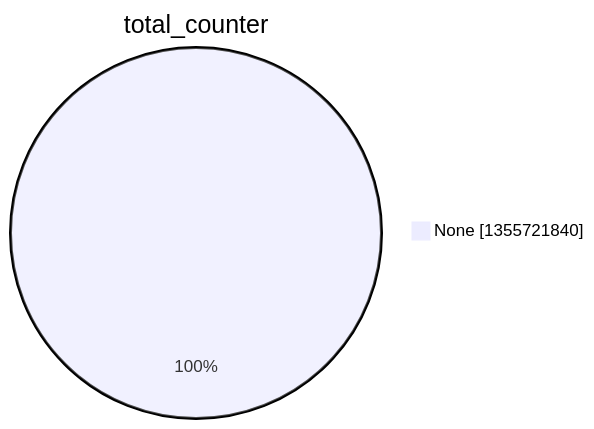
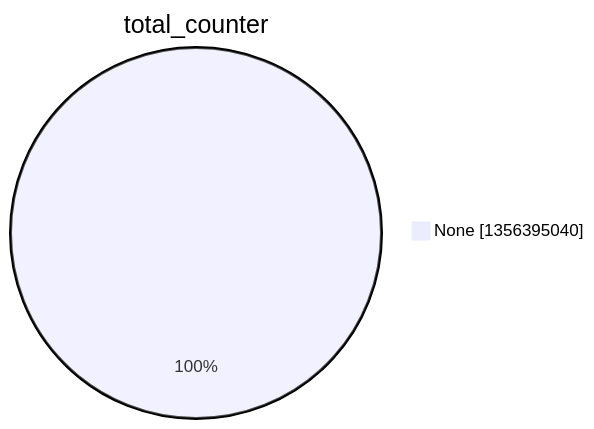
Before and after one commit to christiankrug/ctmonitor_visualization: the second of 15 diagrams in argon2022/README.md, drawn with Mermaid. The commit also changed other lines of this file, not shown here.

````diff
--- a/argon2022/README.md
+++ b/argon2022/README.md
@@ -9,5 +9,5 @@
 ```mermaid
 pie showData
 title total_counter
-"None" :1355721840
+"None" :1356395040
 ```
````
